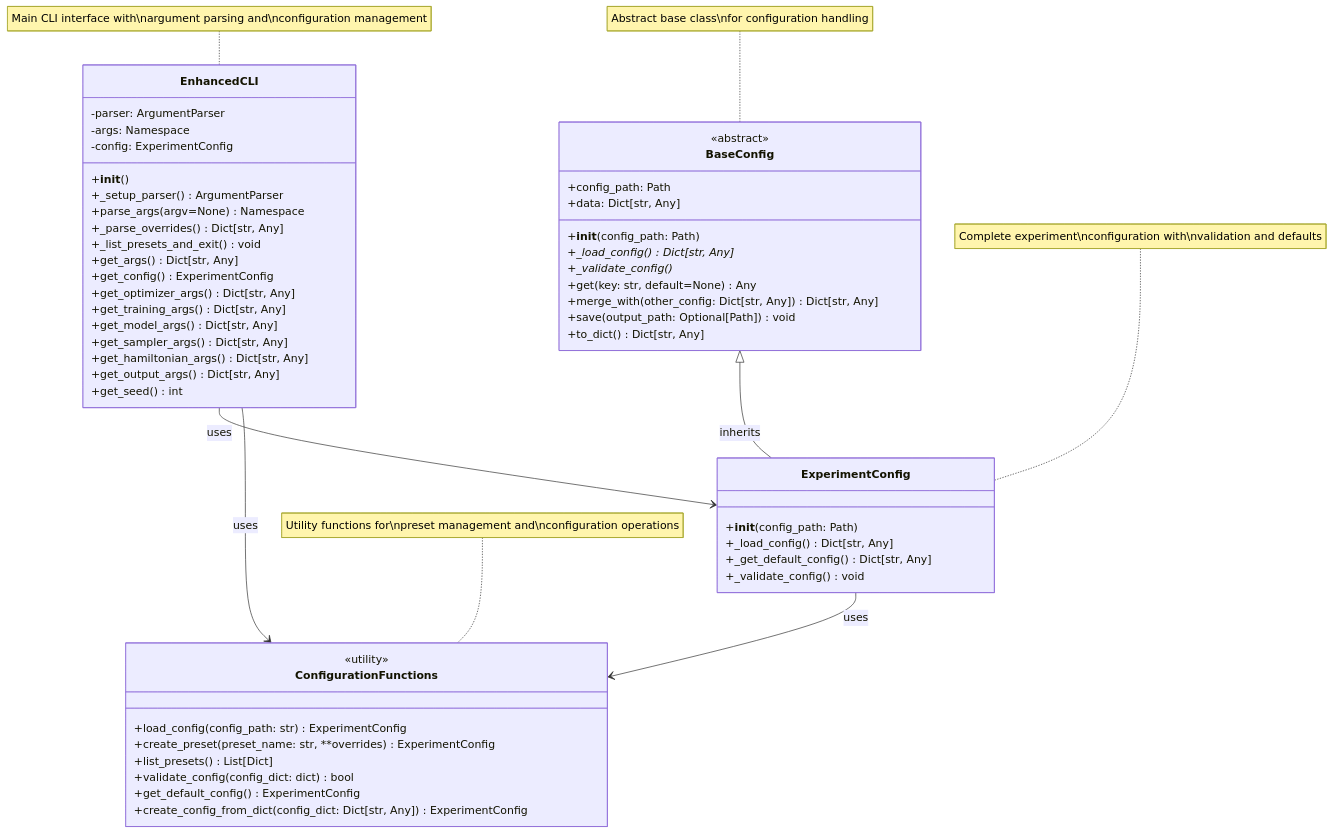
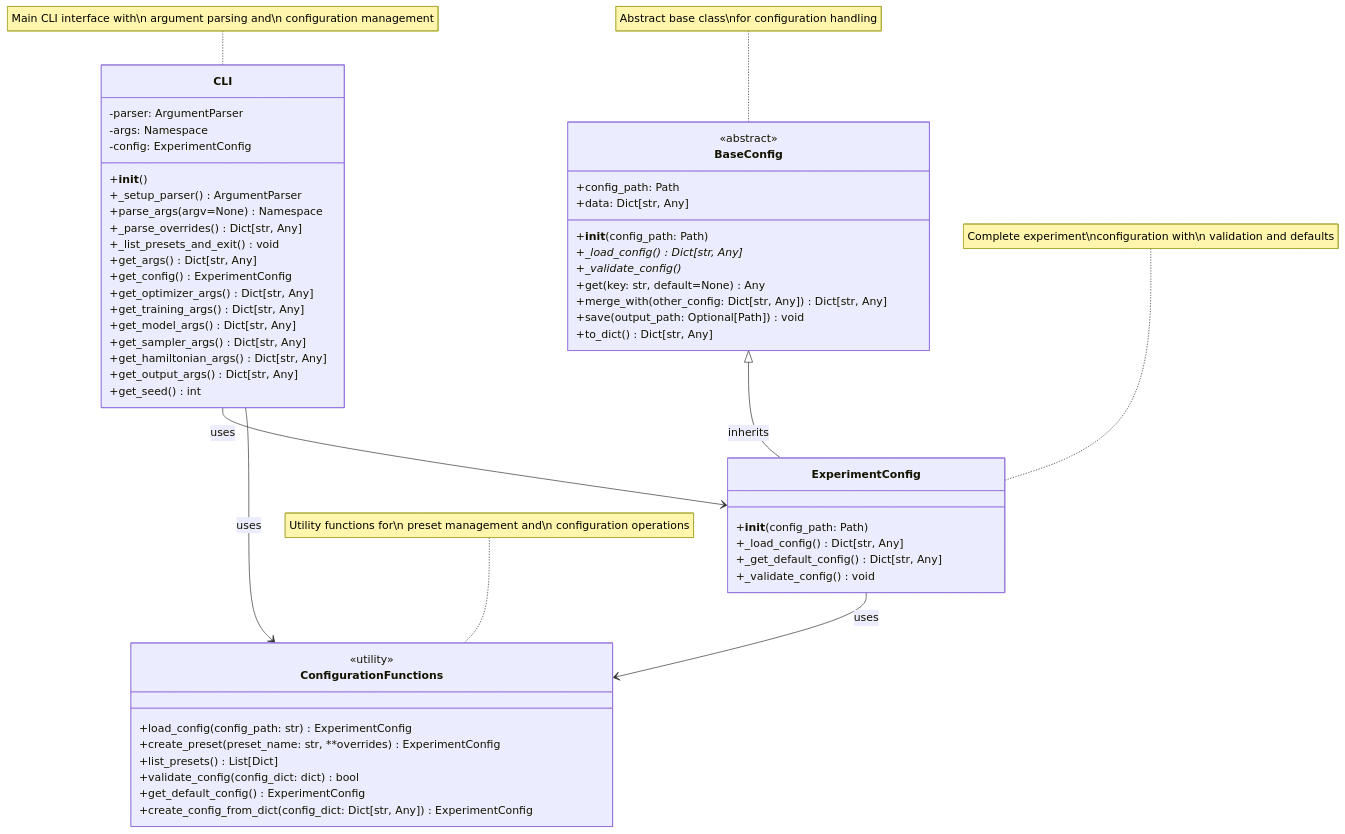
The first of 2 diagrams in README.md (pfargas/qvarnet), drawn with Mermaid before and after one commit. The commit also changed 1 other file, not shown here.

Commit message:
refactor: Rename EnhancedCLI to CLI for consistency and clarity in documentation

````diff
--- a/README.md
+++ b/README.md
@@ -39,62 +39,62 @@
 ```mermaid
 classDiagram
     class BaseConfig {
         <<abstract>>
         +config_path: Path
         +data: Dict[str, Any]
         +__init__(config_path: Path)
         +_load_config()* Dict[str, Any]
         +_validate_config()*
         +get(key: str, default=None) Any
         +merge_with(other_config: Dict[str, Any]) Dict[str, Any]
         +save(output_path: Optional[Path]) void
         +to_dict() Dict[str, Any]
     }
     
     class ExperimentConfig {
         +__init__(config_path: Path)
         +_load_config() Dict[str, Any]
         +_get_default_config() Dict[str, Any]
         +_validate_config() void
     }
     
-    class EnhancedCLI {
+    class CLI {
         -parser: ArgumentParser
         -args: Namespace
         -config: ExperimentConfig
         +__init__()
         +_setup_parser() ArgumentParser
         +parse_args(argv=None) Namespace
         +_parse_overrides() Dict[str, Any]
         +_list_presets_and_exit() void
         +get_args() Dict[str, Any]
         +get_config() ExperimentConfig
         +get_optimizer_args() Dict[str, Any]
         +get_training_args() Dict[str, Any]
         +get_model_args() Dict[str, Any]
         +get_sampler_args() Dict[str, Any]
         +get_hamiltonian_args() Dict[str, Any]
         +get_output_args() Dict[str, Any]
         +get_seed() int
     }
     
     class ConfigurationFunctions {
         <<utility>>
         +load_config(config_path: str) ExperimentConfig
         +create_preset(preset_name: str, **overrides) ExperimentConfig
         +list_presets() List[Dict]
         +validate_config(config_dict: dict) bool
         +get_default_config() ExperimentConfig
         +create_config_from_dict(config_dict: Dict[str, Any]) ExperimentConfig
     }
     
     BaseConfig <|-- ExperimentConfig : inherits
-    EnhancedCLI --> ExperimentConfig : uses
-    EnhancedCLI --> ConfigurationFunctions : uses
+    CLI --> ExperimentConfig : uses
+    CLI --> ConfigurationFunctions : uses
     ExperimentConfig --> ConfigurationFunctions : uses
     
-    note for EnhancedCLI "Main CLI interface with\nargument parsing and\nconfiguration management"
+    note for CLI "Main CLI interface with\n argument parsing and\n configuration management"
     note for BaseConfig "Abstract base class\nfor configuration handling"
-    note for ExperimentConfig "Complete experiment\nconfiguration with\nvalidation and defaults"
-    note for ConfigurationFunctions "Utility functions for\npreset management and\nconfiguration operations"
+    note for ExperimentConfig "Complete experiment\nconfiguration with\n validation and defaults"
+    note for ConfigurationFunctions "Utility functions for\n preset management and\n configuration operations"
 ```
````
